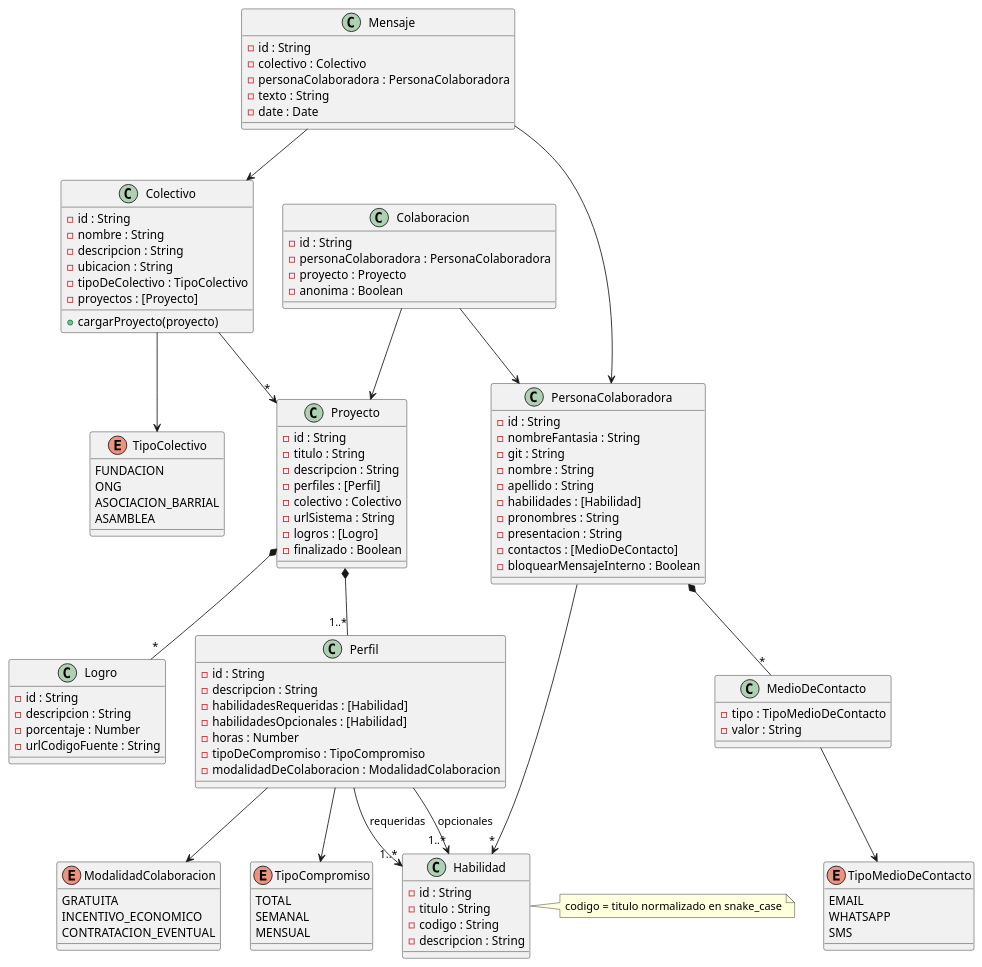
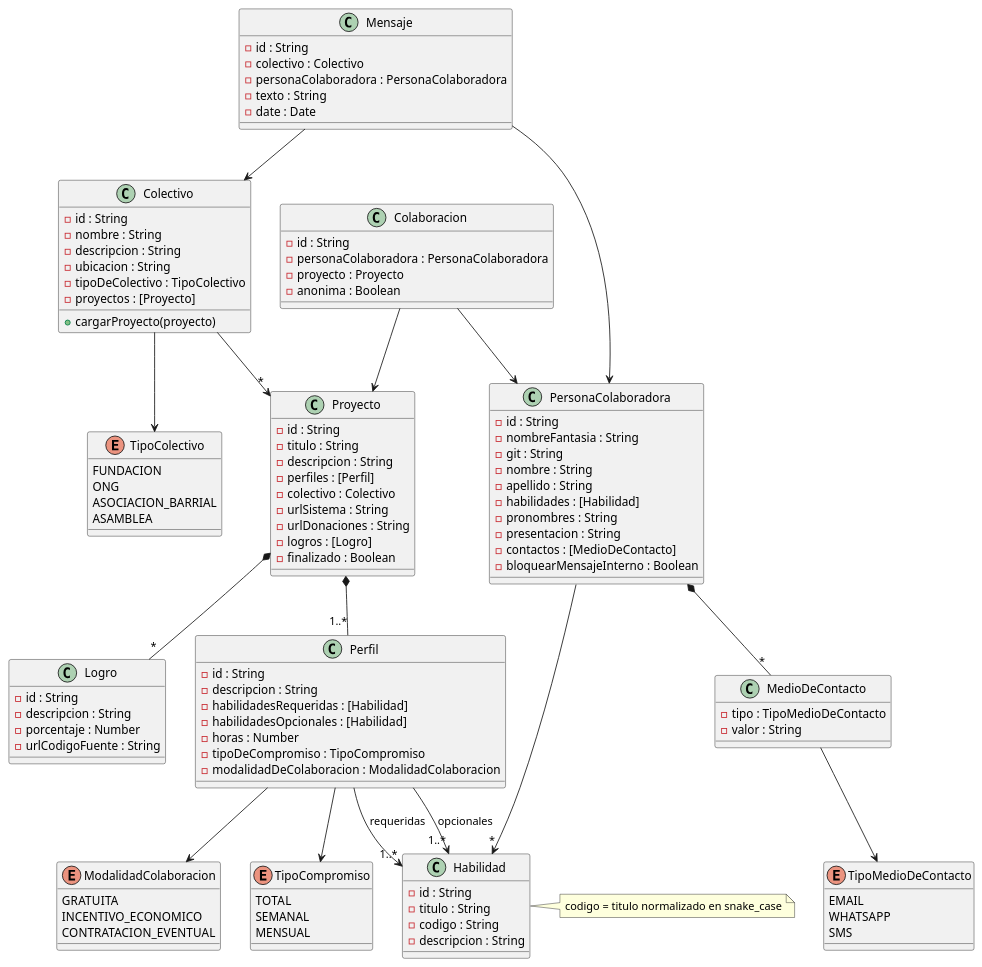
One commit to FMartineezz/Tp-dds-CodigoAVoluntad changed the diagram in docs/diagrama.puml. Above: the diagram before and after it, drawn with PlantUML. The commit also changed 17 other files, not shown here.

```diff
--- a/docs/diagrama.puml
+++ b/docs/diagrama.puml
@@ -1,123 +1,124 @@
 @startuml CodigoAVoluntad
 class Colectivo{
     -id : String
     -nombre : String
     -descripcion : String
     -ubicacion : String
     -tipoDeColectivo : TipoColectivo
     -proyectos : [Proyecto]
 
     +cargarProyecto(proyecto)
 }
 
 class Proyecto{
     -id : String
     -titulo : String
     -descripcion : String
     -perfiles : [Perfil]
     -colectivo : Colectivo
     -urlSistema : String
+    -urlDonaciones : String
     -logros : [Logro]
     -finalizado : Boolean
 }
 
 class Perfil{
     -id : String
     -descripcion : String
     -habilidadesRequeridas : [Habilidad]
     -habilidadesOpcionales : [Habilidad]
     -horas : Number
     -tipoDeCompromiso : TipoCompromiso
     -modalidadDeColaboracion : ModalidadColaboracion
 }
 
 class Logro{
     -id : String
     -descripcion : String
     -porcentaje : Number
     -urlCodigoFuente : String
 }
 
 class Colaboracion{
     -id : String
     -personaColaboradora : PersonaColaboradora
     -proyecto : Proyecto
     -anonima : Boolean
 }
 
 class Habilidad{
     -id : String
     -titulo : String
     -codigo : String
     -descripcion : String
 }
 note right of Habilidad : codigo = titulo normalizado en snake_case
 
 class PersonaColaboradora{
     -id : String
     -nombreFantasia : String
     -git : String
     -nombre : String
     -apellido : String
     -habilidades : [Habilidad]
     -pronombres : String
     -presentacion : String
     -contactos : [MedioDeContacto]
     -bloquearMensajeInterno : Boolean
 }
 
 class MedioDeContacto{
     -tipo : TipoMedioDeContacto
     -valor : String
 }
 
 class Mensaje{
     -id : String
     -colectivo : Colectivo
     -personaColaboradora : PersonaColaboradora
     -texto : String
     -date : Date
 }
 
 enum ModalidadColaboracion {
     GRATUITA
     INCENTIVO_ECONOMICO
     CONTRATACION_EVENTUAL
 }
 
 enum TipoCompromiso {
     TOTAL
     SEMANAL
     MENSUAL
 }
 
 enum TipoColectivo {
     FUNDACION
     ONG
     ASOCIACION_BARRIAL
     ASAMBLEA
 }
 
 enum TipoMedioDeContacto {
     EMAIL
     WHATSAPP
     SMS
 }
 
 Colectivo --> "*" Proyecto
 Colectivo --> TipoColectivo
 Proyecto *-- "1..*" Perfil
 Proyecto *-- "*" Logro
 Perfil --> "1..*" Habilidad : requeridas
 Perfil --> "1..*" Habilidad : opcionales
 Perfil --> TipoCompromiso
 Perfil --> ModalidadColaboracion
 PersonaColaboradora --> "*" Habilidad
 PersonaColaboradora *-- "*" MedioDeContacto
 MedioDeContacto --> TipoMedioDeContacto
 Colaboracion --> Proyecto
 Colaboracion --> PersonaColaboradora
 Mensaje --> Colectivo
 Mensaje --> PersonaColaboradora
 
 @enduml
```
